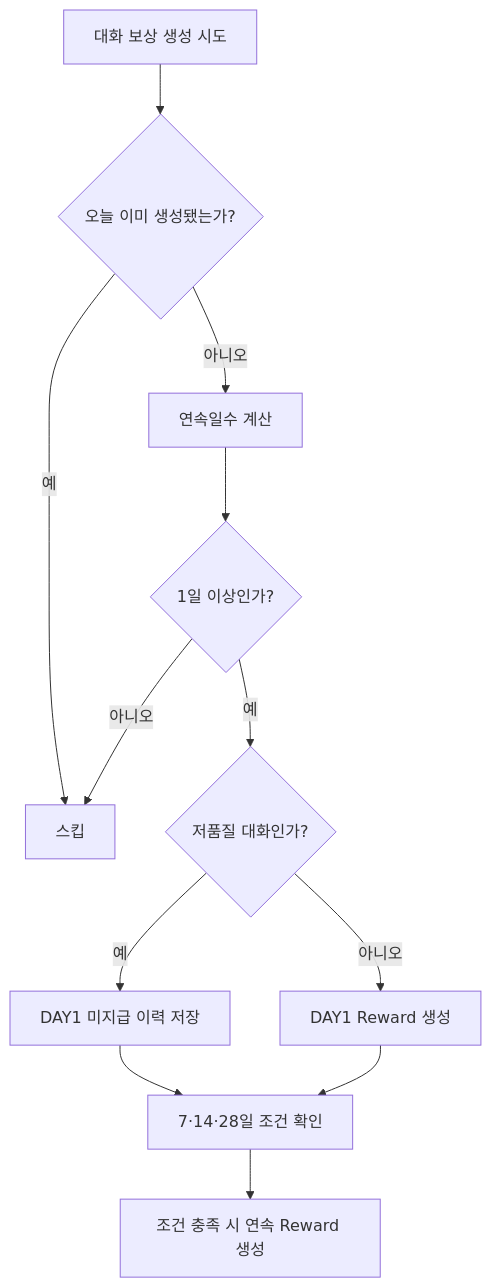
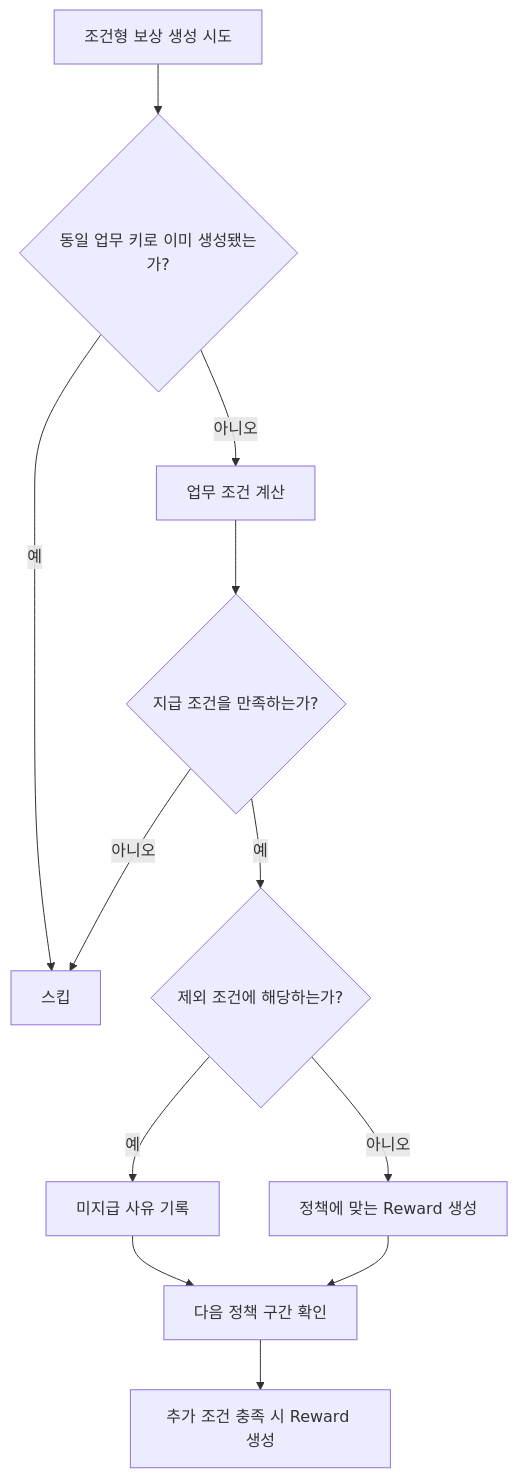
One commit to jiwon11/jiwon11.github.io changed the fifth of 13 diagrams in _posts/2026-03-20-reward-creation-receipt-charge-responsibility.md. Above: the diagram before and after it, drawn with Mermaid. The commit also changed other lines of this file and 9 other files, not shown here.

```diff
--- a/_posts/2026-03-20-reward-creation-receipt-charge-responsibility.md
+++ b/_posts/2026-03-20-reward-creation-receipt-charge-responsibility.md
@@ -201,14 +204,14 @@
 ~~~mermaid
 flowchart TD
-    A["대화 보상 생성 시도"] --> B{오늘 이미 생성됐는가?}
+    A["조건형 보상 생성 시도"] --> B{동일 업무 키로 이미 생성됐는가?}
     B -->|예| X["스킵"]
-    B -->|아니오| C["연속일수 계산"]
-    C --> D{1일 이상인가?}
+    B -->|아니오| C["업무 조건 계산"]
+    C --> D{지급 조건을 만족하는가?}
     D -->|아니오| X
-    D -->|예| Q{저품질 대화인가?}
-    Q -->|예| S["DAY1 미지급 이력 저장"]
-    Q -->|아니오| R1["DAY1 Reward 생성"]
-    S --> M["7·14·28일 조건 확인"]
+    D -->|예| Q{제외 조건에 해당하는가?}
+    Q -->|예| S["미지급 사유 기록"]
+    Q -->|아니오| R1["정책에 맞는 Reward 생성"]
+    S --> M["다음 정책 구간 확인"]
     R1 --> M
-    M --> R2["조건 충족 시 연속 Reward 생성"]
+    M --> R2["추가 조건 충족 시 Reward 생성"]
 ~~~
```
